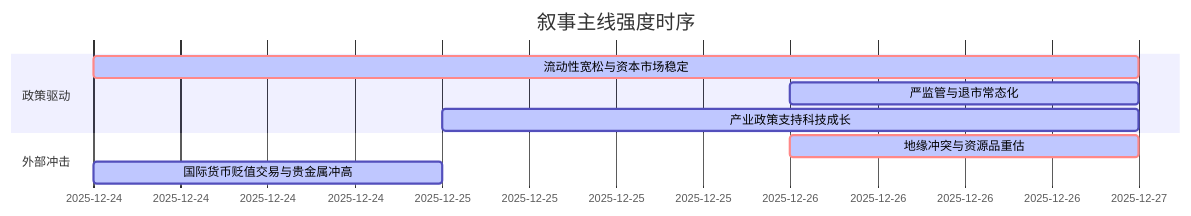
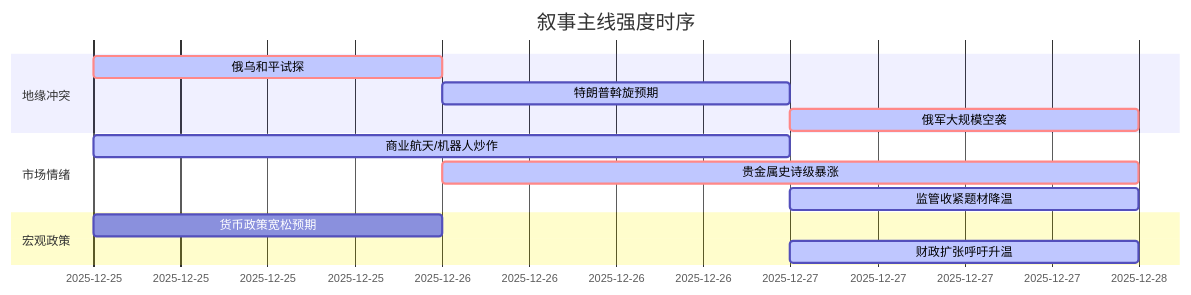
One commit to uu5zn/uu5zn.github.io changed the diagram in README.md. Above: the diagram before and after it, drawn with Mermaid. The commit also changed other lines of this file and 1 other file, not shown here.

````diff
--- a/README.md
+++ b/README.md
@@ -69,13 +79,18 @@
 ```mermaid
 gantt
     title 叙事主线强度时序
     dateFormat  YYYY-MM-DD
-    section 政策驱动
-    流动性宽松与资本市场稳定   :crit, active, 2025-12-24, 3d
-    严监管与退市常态化           :active, 2025-12-26, 1d
-    产业政策支持科技成长         :active, 2025-12-25, 2d
+    section 地缘冲突
+    俄乌和平试探   :crit, active, 2025-12-25, 1d
+    特朗普斡旋预期   :active, 2025-12-26, 1d
+    俄军大规模空袭   :crit, active, 2025-12-27, 1d
     
-    section 外部冲击
-    地缘冲突与资源品重估         :crit, active, 2025-12-26, 1d
-    国际货币贬值交易与贵金属冲高 :active, 2025-12-24, 1d
+    section 市场情绪
+    商业航天/机器人炒作   :active, 2025-12-25, 2d
+    贵金属史诗级暴涨   :crit, active, 2025-12-26, 2d
+    监管收紧题材降温   :active, 2025-12-27, 1d
+    
+    section 宏观政策
+    货币政策宽松预期   :2025-12-25, 1d
+    财政扩张呼吁升温   :active, 2025-12-27, 1d
 ```
````
